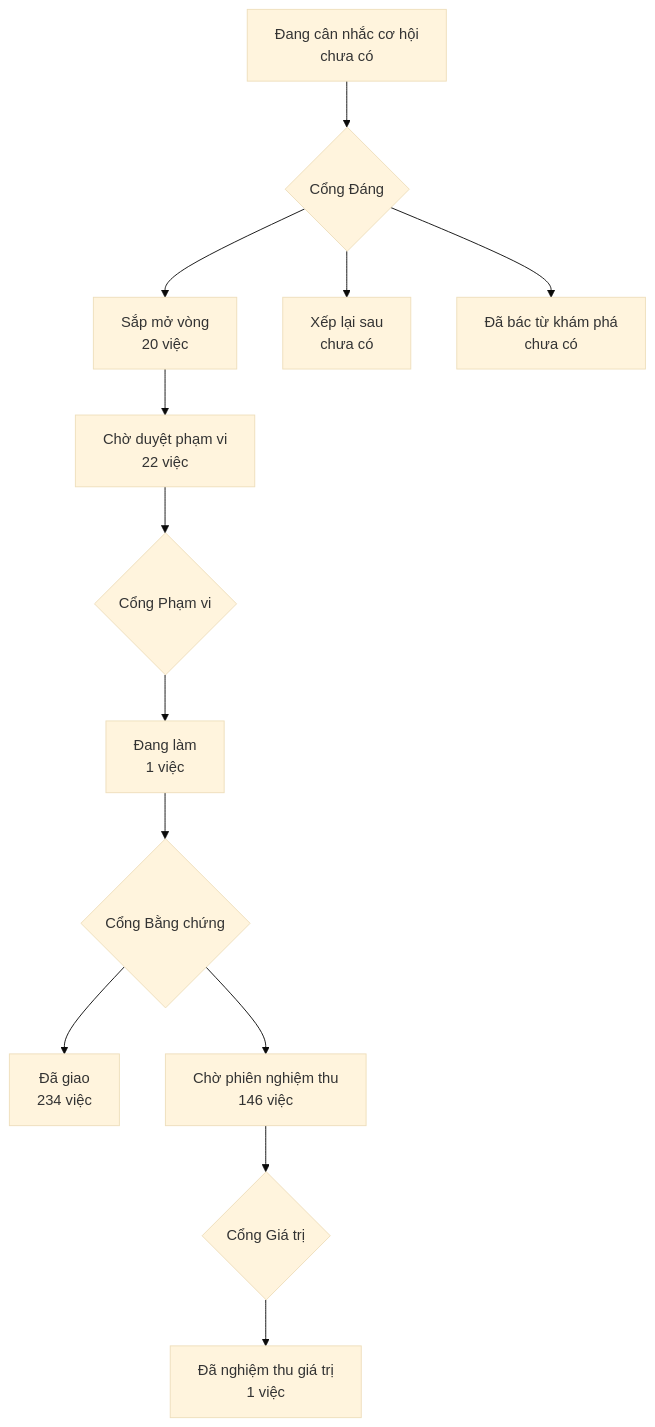
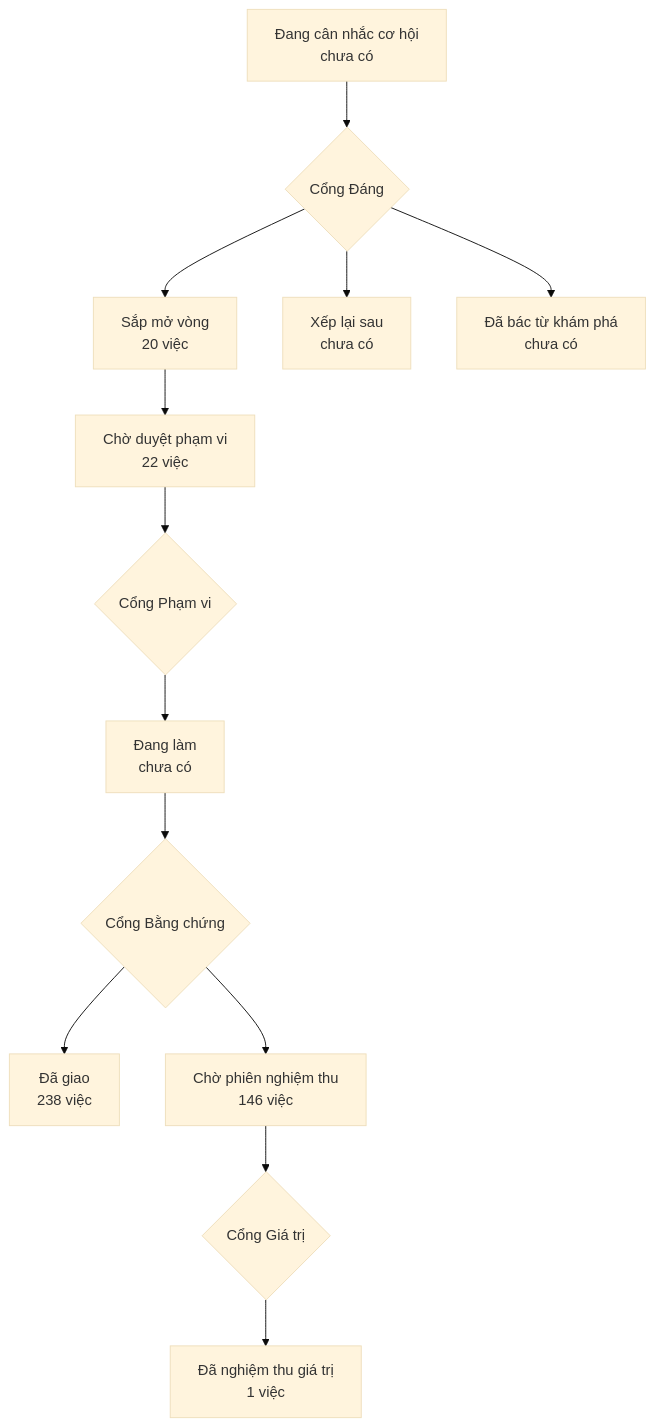
Before and after one commit to phanlemanh/onehub-invest: the diagram in PRODUCT-MAP.md, drawn with Mermaid (base theme). The commit also changed other lines of this file and 8 other files, not shown here.

````diff
--- a/PRODUCT-MAP.md
+++ b/PRODUCT-MAP.md
@@ -7,12 +7,12 @@
 ```mermaid
 flowchart TD
   A["Đang cân nhắc cơ hội<br/>chưa có"] --> GD{"Cổng Đáng"}
   GD --> B["Sắp mở vòng<br/>20 việc"]
   GD --> XL["Xếp lại sau<br/>chưa có"]
   GD --> DB["Đã bác từ khám phá<br/>chưa có"]
   B --> CD["Chờ duyệt phạm vi<br/>22 việc"] --> GP{"Cổng Phạm vi"}
-  GP --> DL["Đang làm<br/>1 việc"] --> GB{"Cổng Bằng chứng"}
-  GB --> DG["Đã giao<br/>234 việc"]
+  GP --> DL["Đang làm<br/>chưa có"] --> GB{"Cổng Bằng chứng"}
+  GB --> DG["Đã giao<br/>238 việc"]
   GB --> CN["Chờ phiên nghiệm thu<br/>146 việc"] --> GG{"Cổng Giá trị"}
   GG --> NT["Đã nghiệm thu giá trị<br/>1 việc"]
 ```
````
